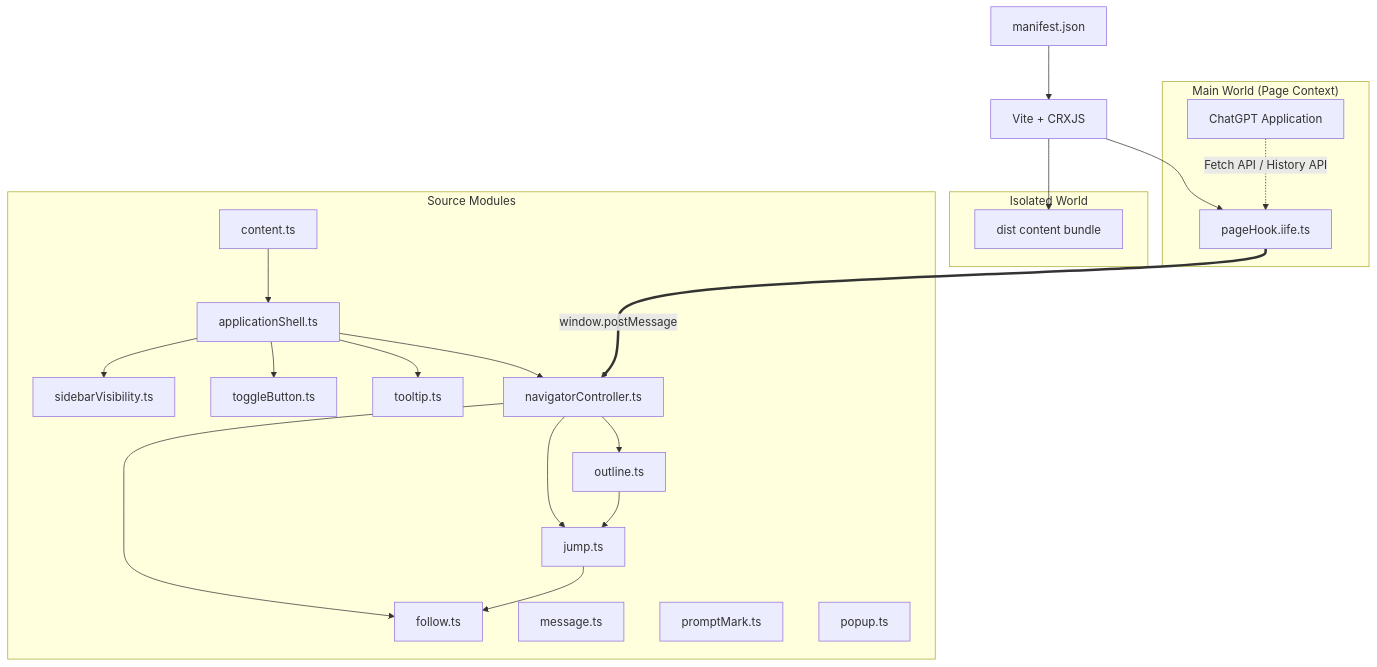
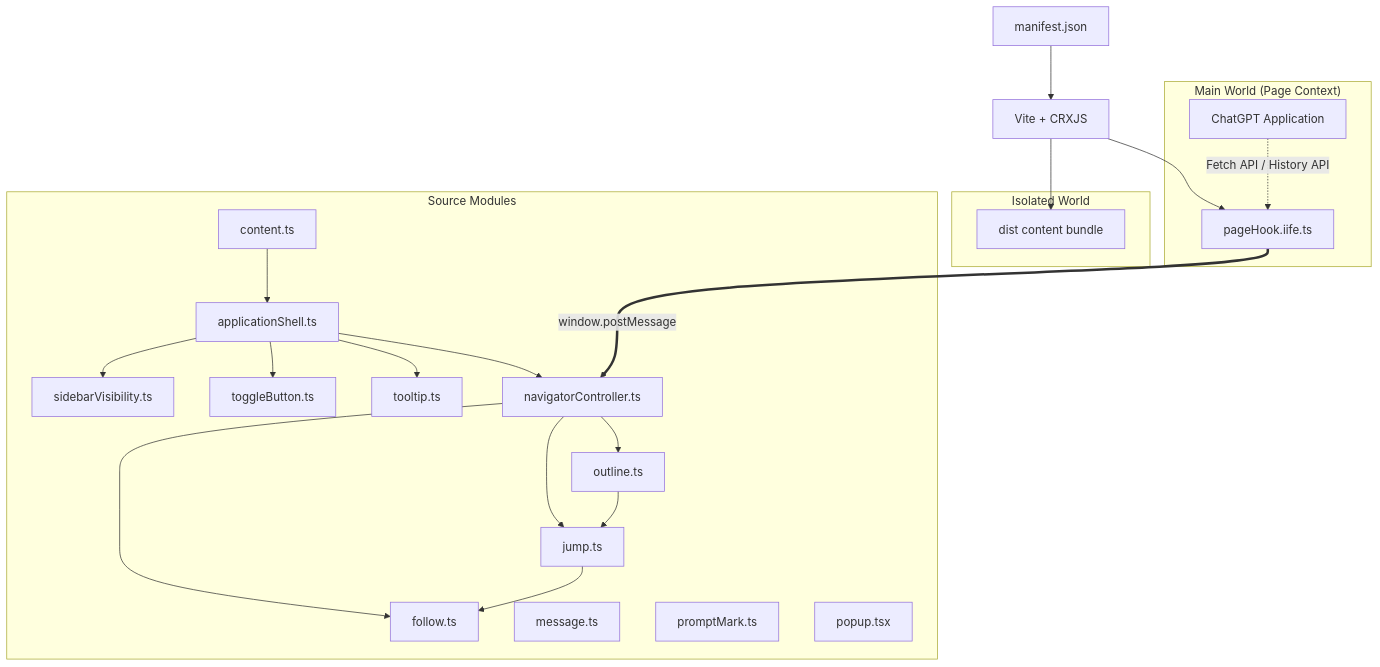
The diagram in docs/ARCHITECTURE.md (Leo7805/luna-toc), drawn with Mermaid before and after one commit. The commit also changed other lines of this file and 19 other files, not shown here.

````diff
--- a/docs/ARCHITECTURE.md
+++ b/docs/ARCHITECTURE.md
@@ -15,45 +15,45 @@
 ```mermaid
 graph TD
     manifest[manifest.json]
     vite[Vite + CRXJS]
 
     subgraph sourceModules["Source Modules"]
         content[content.ts]
         outline[outline.ts]
         follow[follow.ts]
         jump[jump.ts]
         msg[message.ts]
         mark[promptMark.ts]
         vis[sidebarVisibility.ts]
         btn[toggleButton.ts]
         tip[tooltip.ts]
         navigator[navigatorController.ts]
         shell[applicationShell.ts]
-        popup[popup.ts]
+        popup[popup.tsx]
     end
 
     subgraph isolatedWorld["Isolated World"]
         contentBundle[dist content bundle]
     end
 
     subgraph mainWorld["Main World (Page Context)"]
         hook[pageHook.iife.ts]
         chatgpt[ChatGPT Application]
     end
 
     manifest --> vite
     content --> shell
     shell --> navigator
     shell --> vis
     shell --> btn
     shell --> tip
     navigator --> outline
     navigator --> jump
     navigator --> follow
     outline --> jump
     jump --> follow
     vite --> contentBundle
     vite --> hook
     hook ===>|window.postMessage| navigator
     chatgpt -.->|Fetch API / History API| hook
 ```
````
